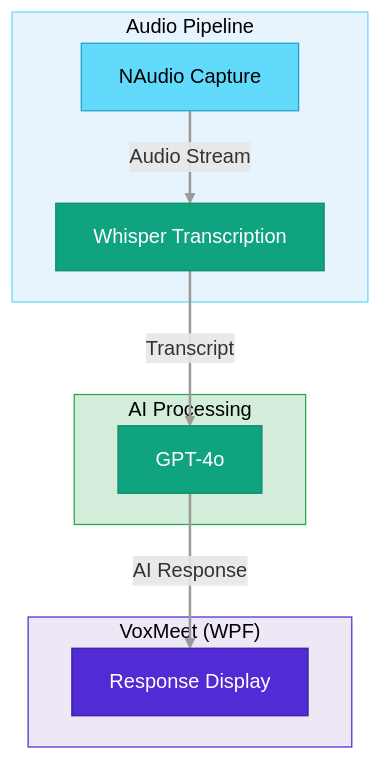
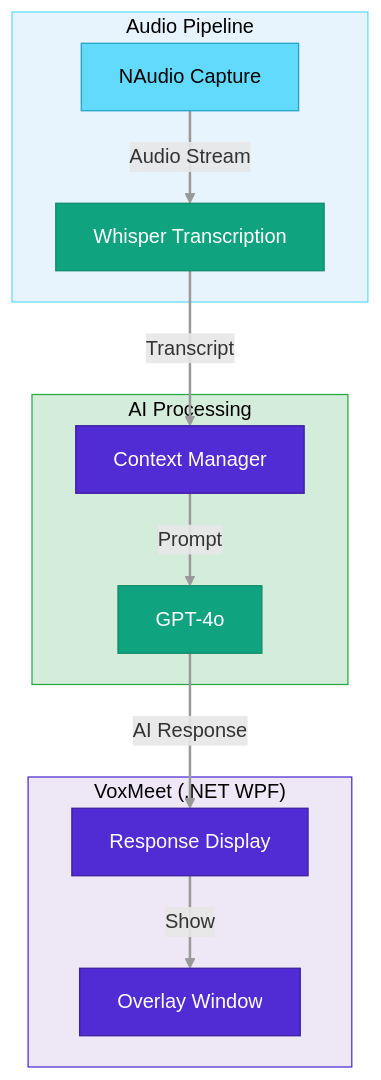
The diagram in emagine-site/src/data/diagrams/voxmeet.mmd (emaginebr/emagine-deploy), drawn with Mermaid before and after one commit. The commit also changed 111 other files, not shown here.

Commit message:
fix: refactory diagrams

```diff
--- a/emagine-site/src/data/diagrams/voxmeet.mmd
+++ b/emagine-site/src/data/diagrams/voxmeet.mmd
@@ -1,31 +1,32 @@
 graph TD
-    subgraph App["VoxMeet (WPF)"]
+    subgraph App["VoxMeet (.NET WPF)"]
         Display["Response Display"]
+        Overlay["Overlay Window"]
     end
     subgraph Audio["Audio Pipeline"]
         NAudio["NAudio Capture"]
         Whisper["Whisper Transcription"]
     end
     subgraph AI["AI Processing"]
         GPT["GPT-4o"]
+        ContextManager["Context Manager"]
     end
 
     NAudio -->|"Audio Stream"| Whisper
-    Whisper -->|"Transcript"| GPT
+    Whisper -->|"Transcript"| ContextManager
+    ContextManager -->|"Prompt"| GPT
     GPT -->|"AI Response"| Display
-
-    click Display mermaidCallback "Display"
-    click NAudio mermaidCallback "NAudio"
-    click Whisper mermaidCallback "Whisper"
-    click GPT mermaidCallback "GPT"
+    Display -->|"Show"| Overlay
 
     style Display fill:#512BD4,stroke:#3a1d9e,color:#fff
+    style Overlay fill:#512BD4,stroke:#3a1d9e,color:#fff
     style NAudio fill:#61DAFB,stroke:#21a1c9,color:#000
     style Whisper fill:#10a37f,stroke:#0d8a6a,color:#fff
     style GPT fill:#10a37f,stroke:#0d8a6a,color:#fff
+    style ContextManager fill:#512BD4,stroke:#3a1d9e,color:#fff
 
     style App fill:#ede7f6,stroke:#512BD4,color:#000
     style Audio fill:#e8f4fd,stroke:#61DAFB,color:#000
     style AI fill:#d4edda,stroke:#28a745,color:#000
 
     linkStyle default stroke:#999,stroke-width:2px
```
